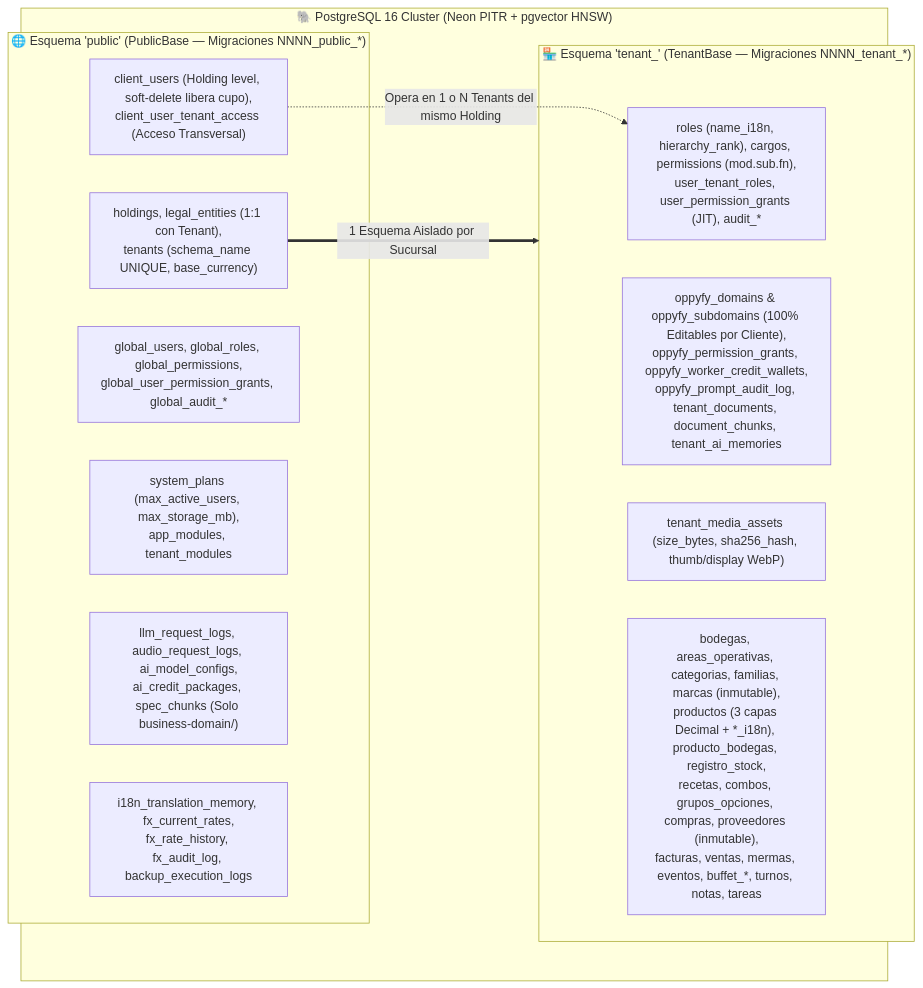
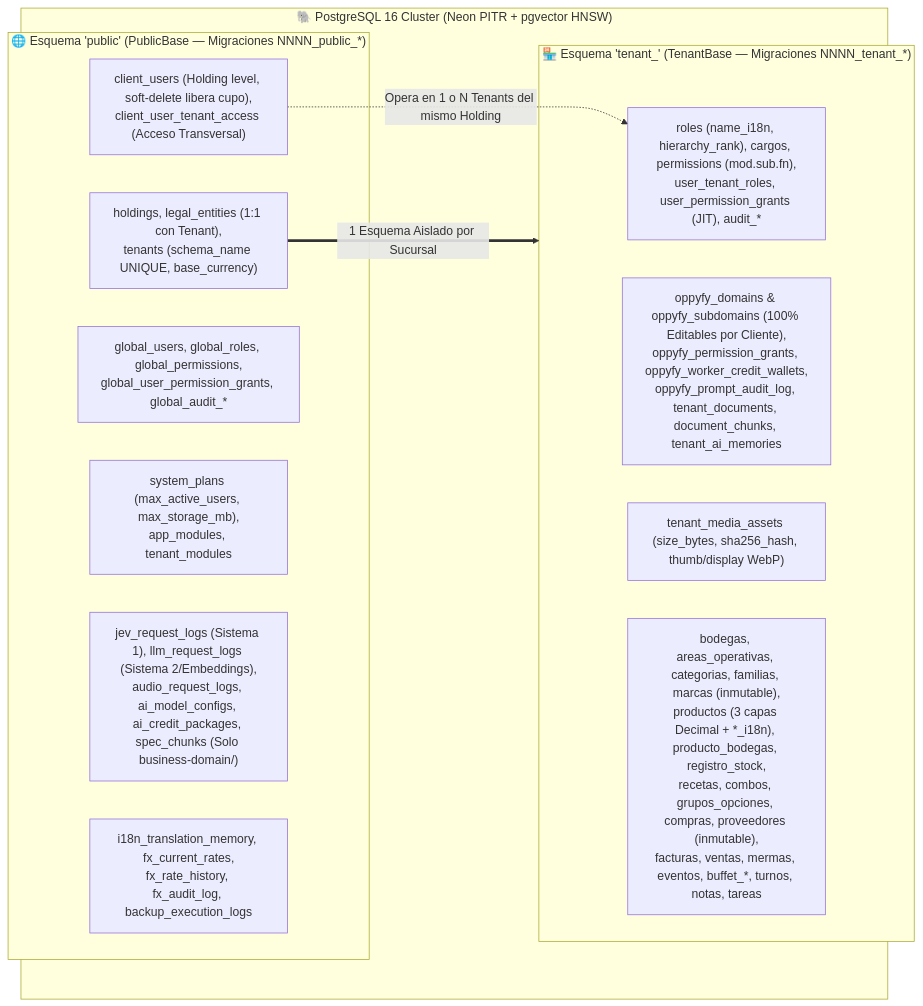
One commit to OppyTec/OppyTec-Oficial changed the diagram in specs/05-DATABASE-SCHEMA.md. Above: the diagram before and after it, drawn with Mermaid. The commit also changed other lines of this file and 81 other files, not shown here.

First line of the commit message:
feat(jev-telemetry): implement public.jev_request_logs, batch adapter, Red Team hardening and canonical DAG governance

````diff
--- a/specs/05-DATABASE-SCHEMA.md
+++ b/specs/05-DATABASE-SCHEMA.md
@@ -16,23 +16,23 @@
 ```mermaid
 graph TD
     subgraph Cluster["🐘 PostgreSQL 16 Cluster (Neon PITR + pgvector HNSW)"]
         subgraph PublicSchema["🌐 Esquema 'public' (PublicBase — Migraciones NNNN_public_*)"]
             GlobalIAM["global_users, global_roles, global_permissions,<br/>global_user_permission_grants, global_audit_*"]
             Tenancy["holdings, legal_entities (1:1 con Tenant),<br/>tenants (schema_name UNIQUE, base_currency)"]
             PlansMods["system_plans (max_active_users, max_storage_mb),<br/>app_modules, tenant_modules"]
             ClientIdentity["client_users (Holding level, soft-delete libera cupo),<br/>client_user_tenant_access (Acceso Transversal)"]
-            GlobalAI["llm_request_logs, audio_request_logs, ai_model_configs,<br/>ai_credit_packages, spec_chunks (Solo business-domain/)"]
+            GlobalAI["jev_request_logs (Sistema 1), llm_request_logs (Sistema 2/Embeddings),<br/>audio_request_logs, ai_model_configs, ai_credit_packages, spec_chunks (Solo business-domain/)"]
             GlobalInfra["i18n_translation_memory, fx_current_rates,<br/>fx_rate_history, fx_audit_log, backup_execution_logs"]
         end
 
         subgraph TenantSchema["🏪 Esquema 'tenant_<slug>' (TenantBase — Migraciones NNNN_tenant_*)"]
             TenantRBAC["roles (name_i18n, hierarchy_rank), cargos, permissions (mod.sub.fn),<br/>user_tenant_roles, user_permission_grants (JIT), audit_*"]
             OppyFyTenant["oppyfy_domains & oppyfy_subdomains (100% Editables por Cliente),<br/>oppyfy_permission_grants, oppyfy_worker_credit_wallets,<br/>oppyfy_prompt_audit_log, tenant_documents, document_chunks, tenant_ai_memories"]
             MediaQuota["tenant_media_assets (size_bytes, sha256_hash, thumb/display WebP)"]
             CoreOps["bodegas, areas_operativas, categorias, familias, marcas (inmutable),<br/>productos (3 capas Decimal + *_i18n), producto_bodegas, registro_stock,<br/>recetas, combos, grupos_opciones, compras, proveedores (inmutable),<br/>facturas, ventas, mermas, eventos, buffet_*, turnos, notas, tareas"]
         end
     end
 
     Tenancy ===>|1 Esquema Aislado por Sucursal| TenantSchema
     ClientIdentity -.->|Opera en 1 o N Tenants del mismo Holding| TenantRBAC
 ```
````
